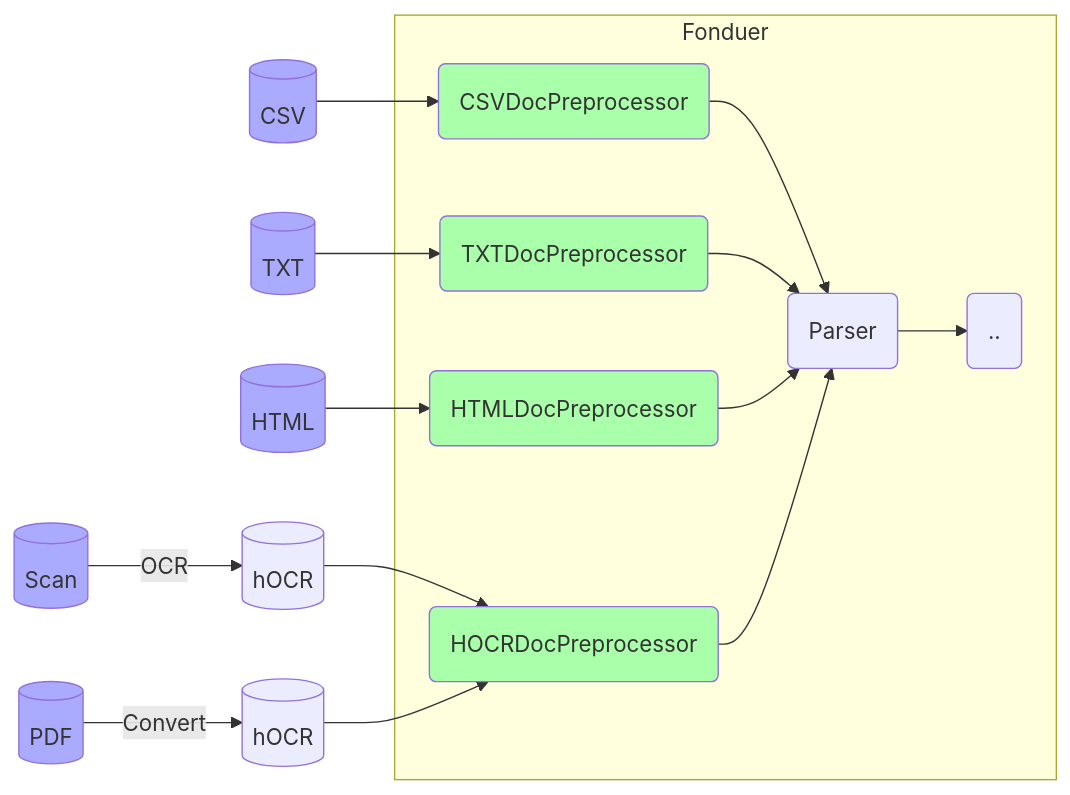
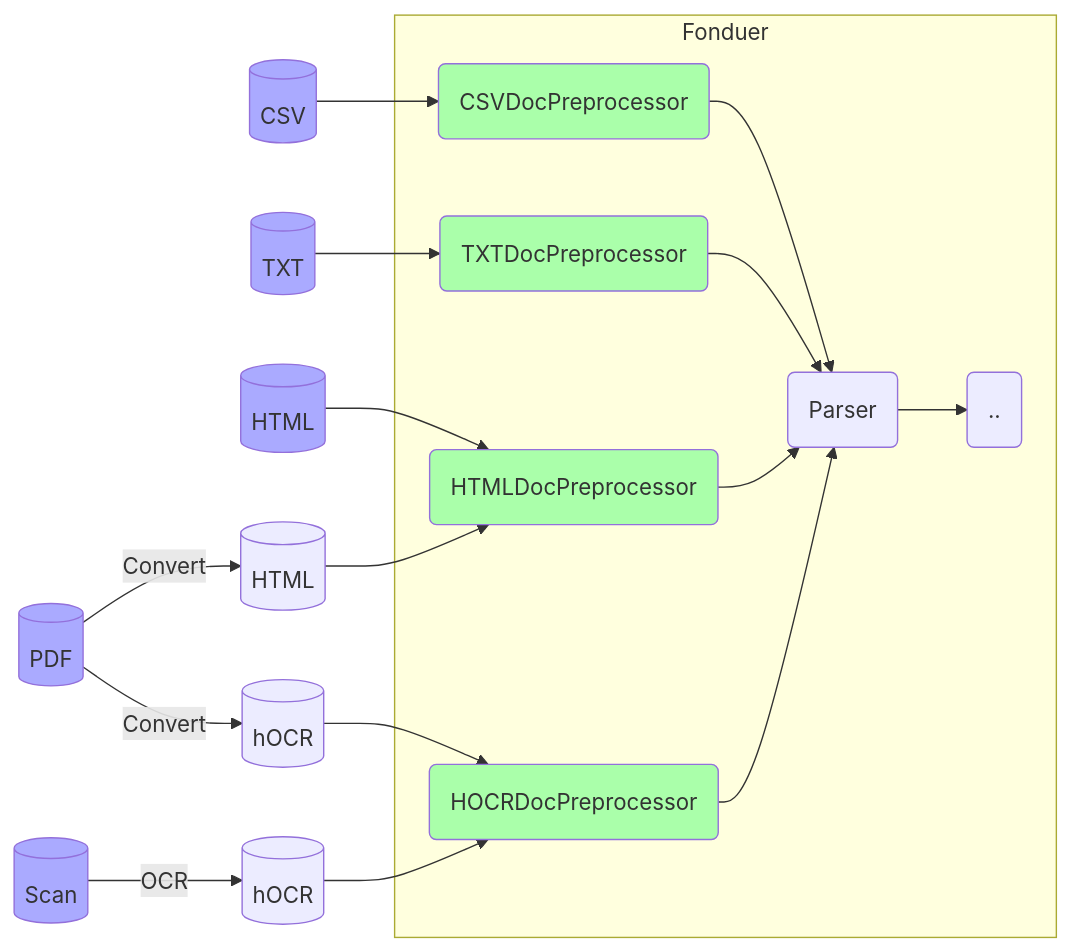
One commit to HazyResearch/fonduer changed the first of 2 diagrams in docs/user/parser.rst. Above: the diagram before and after it, drawn with Mermaid. The commit also changed other lines of this file, not shown here.

Commit message:
Add PDF--Convert-->HTML as a possible pipeline

```diff
--- a/docs/user/parser.rst
+++ b/docs/user/parser.rst
@@ -13,21 +15,23 @@
 .. mermaid::
 
     graph LR;
-        Scan[(Scan)]--OCR-->hOCR[(hOCR)];
         CSV[(CSV)]-->CSVDoc;
         TXT[(TXT)]-->TXTDoc;
         HTML[(HTML)]-->HTMLDoc;
-        PDF[(PDF)]--Convert-->hOCR2[(hOCR)];
+        PDF[(PDF)]--Convert-->HTML2[(HTML)];
+        HTML2-->HTMLDoc;
+        PDF--Convert-->hOCR2[(hOCR)];
+        Scan[(Scan)]--OCR-->hOCR[(hOCR)];
         hOCR-->HOCRDoc;
         hOCR2-->HOCRDoc;
     subgraph Fonduer
         CSVDoc(CSVDocPreprocessor)-->parser;
         TXTDoc(TXTDocPreprocessor)-->parser;
         HTMLDoc(HTMLDocPreprocessor)-->parser;
         HOCRDoc(HOCRDocPreprocessor)-->parser;
         parser(Parser)-->others(..);
     end
     classDef source fill:#aaf;
     classDef preproc fill:#afa;
     class Scan,CSV,TXT,HTML,PDF source;
     class HOCRDoc,CSVDoc,TXTDoc,HTMLDoc preproc;
```
